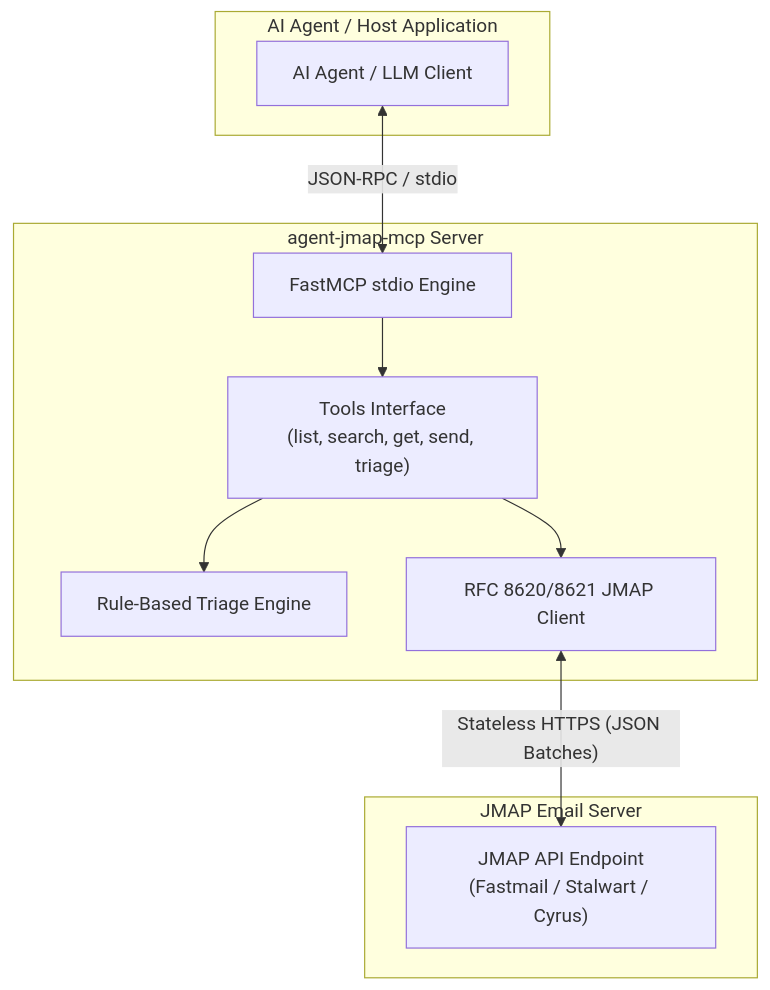
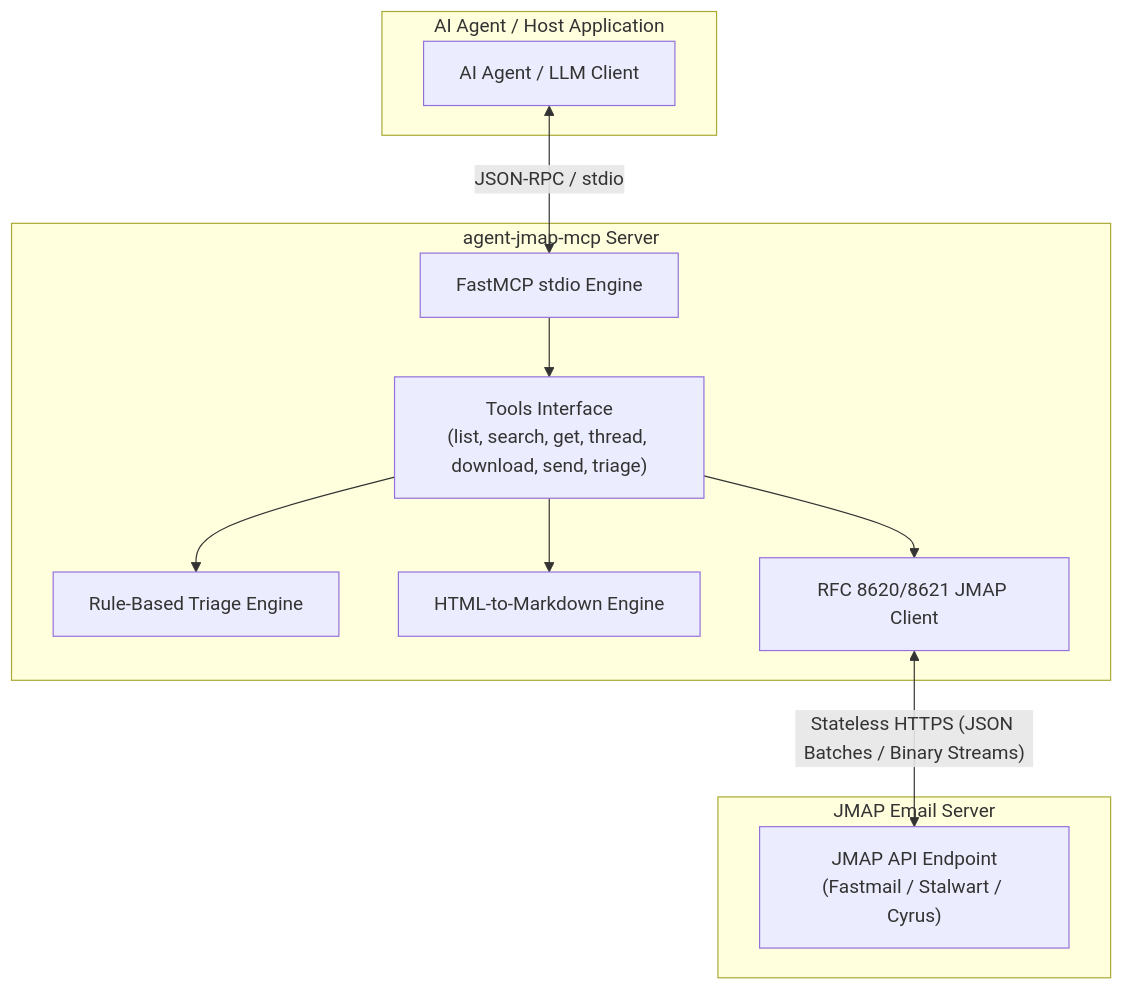
One commit to ericmaddox/agent-jmap-mcp changed the diagram in README.md. Above: the diagram before and after it, drawn with Mermaid. The commit also changed other lines of this file and 9 other files, not shown here.

Commit message:
feat: release v0.2.0 with thread retrieval, attachment downloads, html2text, and pypi workflow

````diff
--- a/README.md
+++ b/README.md
@@ -17,23 +17,25 @@
 ```mermaid
 flowchart TD
     subgraph Host["AI Agent / Host Application"]
         Agent["AI Agent / LLM Client"]
     end
 
     subgraph MCP["agent-jmap-mcp Server"]
         Server["FastMCP stdio Engine"]
-        Tools["Tools Interface<br/>(list, search, get, send, triage)"]
+        Tools["Tools Interface<br/>(list, search, get, thread, download, send, triage)"]
         TriageEng["Rule-Based Triage Engine"]
+        Converter["HTML-to-Markdown Engine"]
         Client["RFC 8620/8621 JMAP Client"]
     end
 
     subgraph Upstream["JMAP Email Server"]
         JMAPEndpoint["JMAP API Endpoint<br/>(Fastmail / Stalwart / Cyrus)"]
     end
 
     Agent <-->|"JSON-RPC / stdio"| Server
     Server --> Tools
     Tools --> TriageEng
+    Tools --> Converter
     Tools --> Client
-    Client <-->|"Stateless HTTPS (JSON Batches)"| JMAPEndpoint
+    Client <-->|"Stateless HTTPS (JSON Batches / Binary Streams)"| JMAPEndpoint
 ```
````
